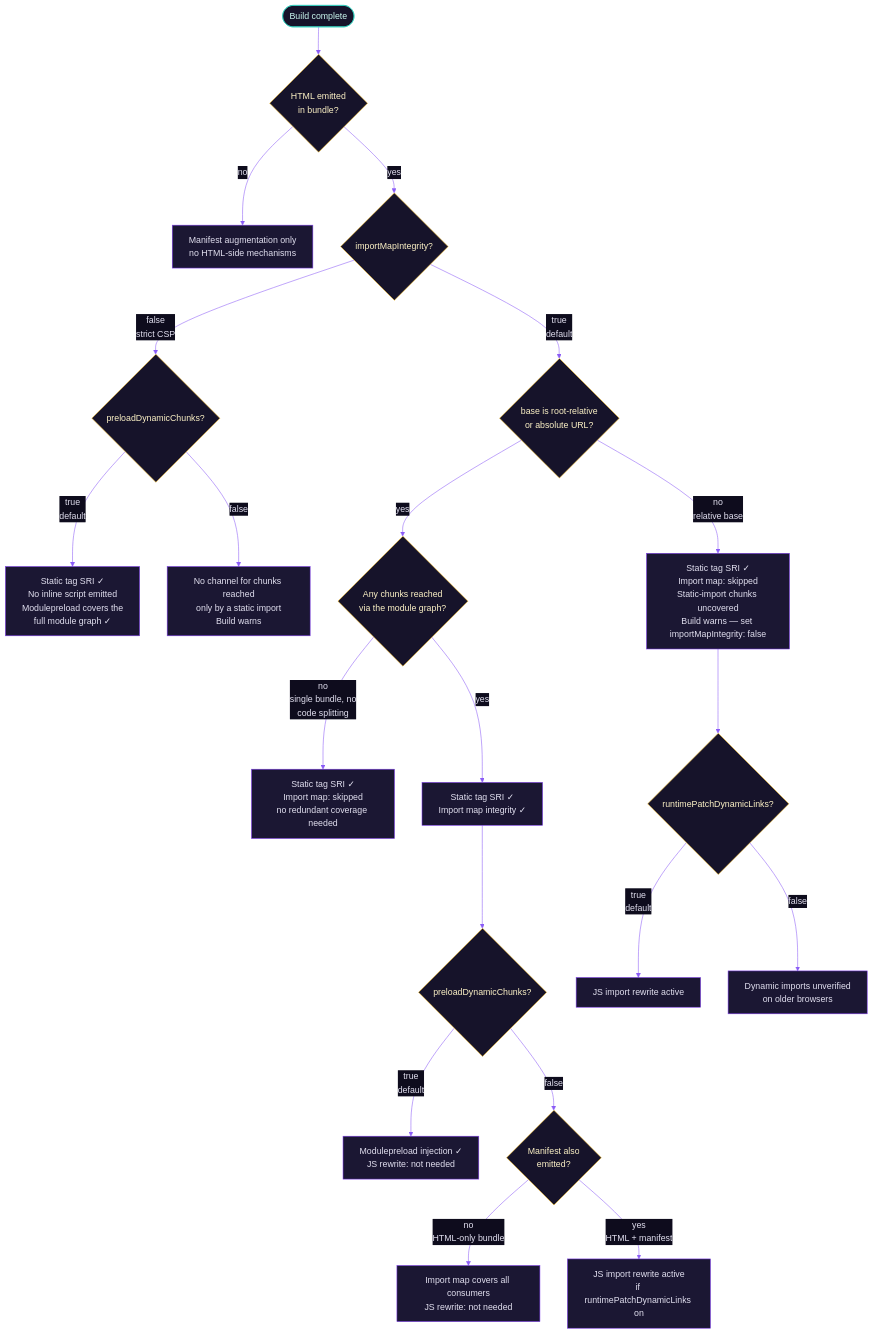
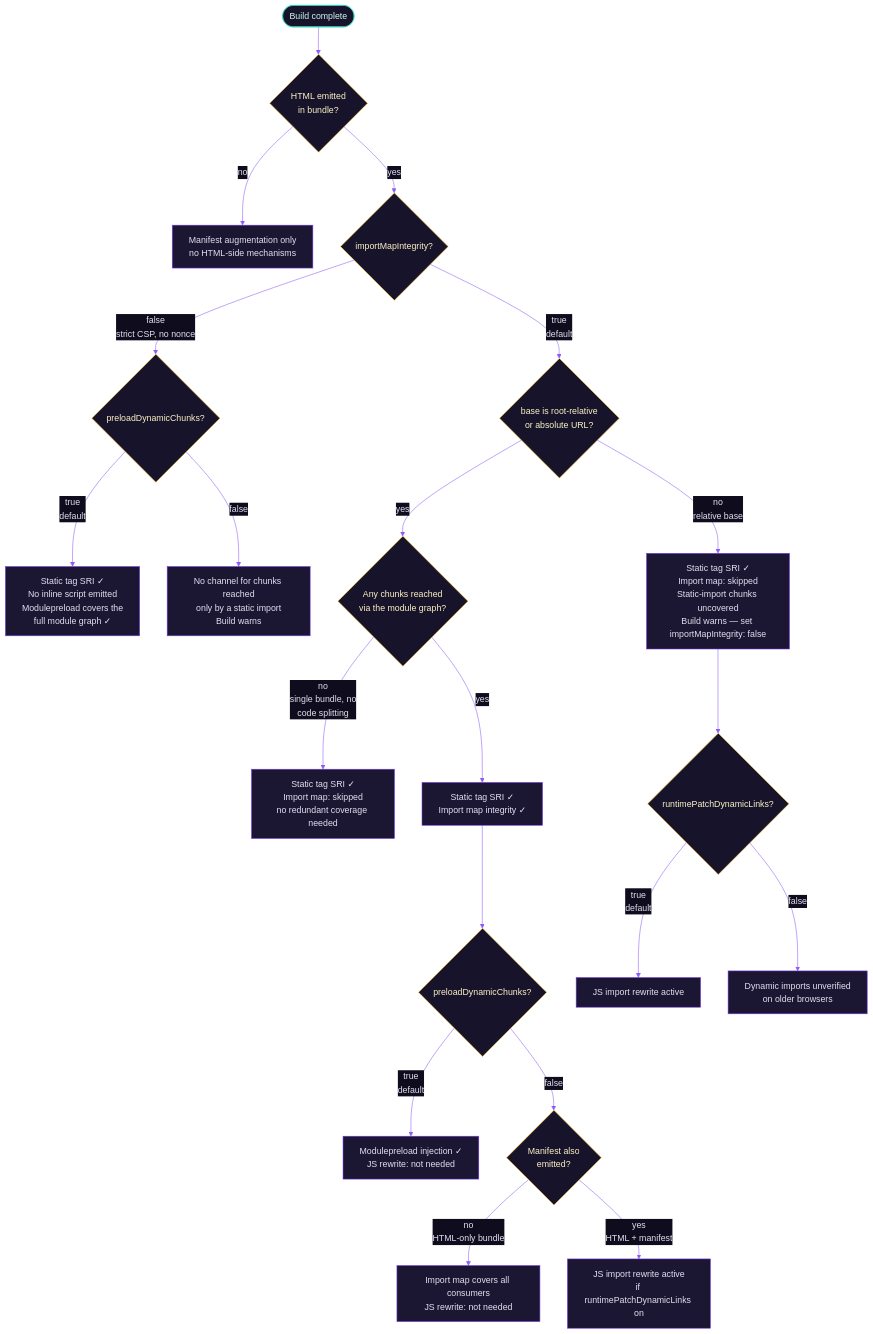
One commit to rbonestell/vite-plugin-sri-gen changed the diagram in docs/learn/coverage-strategies.md. Above: the diagram before and after it, drawn with Mermaid. The commit also changed other lines of this file and 10 other files, not shown here.

First line of the commit message:
fix: apply html.cspNonce to injected import map and modulepreload links (#65)

````diff
--- a/docs/learn/coverage-strategies.md
+++ b/docs/learn/coverage-strategies.md
@@ -100,28 +100,28 @@
 ```mermaid
 %%{init: {"theme":"base","themeVariables":{"fontFamily":"Inter, ui-sans-serif, system-ui, sans-serif","primaryColor":"#1b1733","primaryTextColor":"#e2e0f0","primaryBorderColor":"#7c3aed","lineColor":"#8b5cf6","textColor":"#b8b4d8","edgeLabelBackground":"#0e0c1d"}}}%%
 flowchart TD
     A([Build complete]) --> B{HTML emitted\nin bundle?}
     B -- no --> C[Manifest augmentation only\nno HTML-side mechanisms]
     B -- yes --> IM{importMapIntegrity?}
-    IM -- false\nstrict CSP --> R{preloadDynamicChunks?}
+    IM -- false\nstrict CSP, no nonce --> R{preloadDynamicChunks?}
     R -- true\ndefault --> Q[Static tag SRI ✓\nNo inline script emitted\nModulepreload covers the\nfull module graph ✓]
     R -- false --> S[No channel for chunks reached\nonly by a static import\nBuild warns]
     IM -- true\ndefault --> D{base is root-relative\nor absolute URL?}
     D -- no\nrelative base --> E[Static tag SRI ✓\nImport map: skipped\nStatic-import chunks uncovered\nBuild warns — set importMapIntegrity: false]
     D -- yes --> O{Any chunks reached\nvia the module graph?}
     O -- no\nsingle bundle, no\ncode splitting --> P[Static tag SRI ✓\nImport map: skipped\nno redundant coverage needed]
     O -- yes --> F[Static tag SRI ✓\nImport map integrity ✓]
     F --> G{preloadDynamicChunks?}
     G -- true\ndefault --> H[Modulepreload injection ✓\nJS rewrite: not needed]
     G -- false --> I{Manifest also\nemitted?}
     I -- no\nHTML-only bundle --> J[Import map covers all consumers\nJS rewrite: not needed]
     I -- yes\nHTML + manifest --> K[JS import rewrite active\nif runtimePatchDynamicLinks on]
     E --> L{runtimePatchDynamicLinks?}
     L -- true\ndefault --> M[JS import rewrite active]
     L -- false --> N[Dynamic imports unverified\non older browsers]
 
     classDef terminal fill:#16132a,stroke:#2dd4bf,color:#ccfbf1
     classDef decision fill:#16132a,stroke:#fbbf24,color:#fef3c7
     class A terminal
     class B,D,G,I,L,O,IM,R decision
 ```
````
